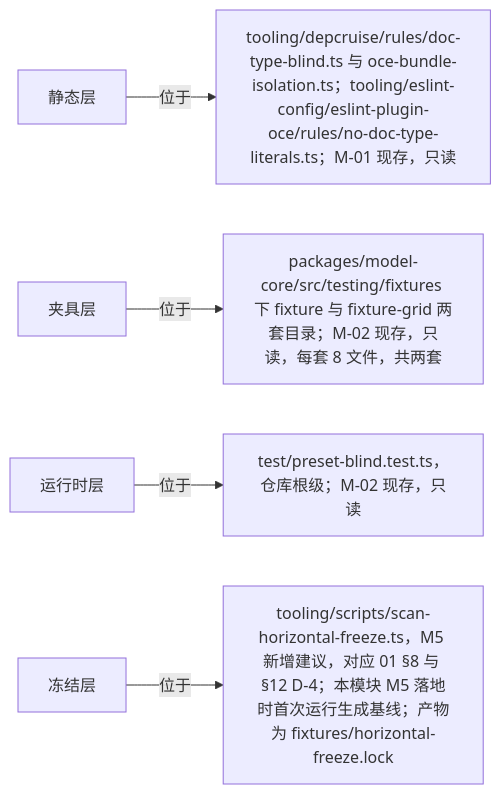
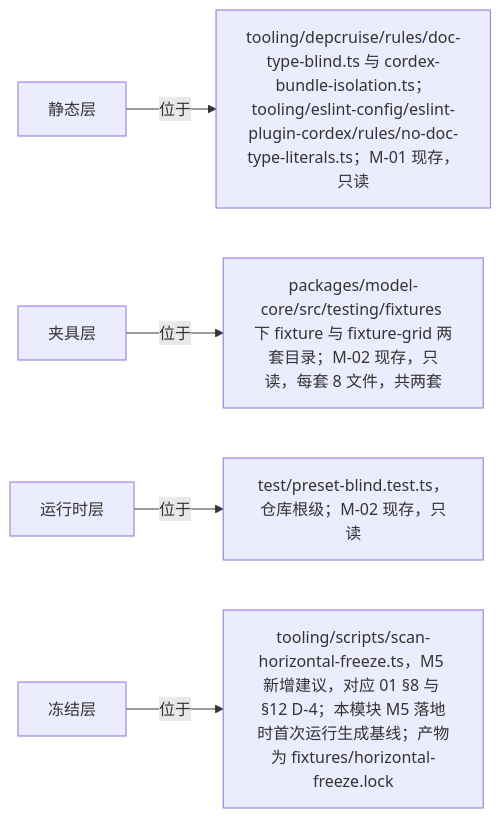
The fourth of 4 diagrams in docs/40-modules/13-doc-sheet-extension-skeleton.md (Xeonice/cordis-ppt-editor), drawn with Mermaid before and after one commit. The commit also changed other lines of this file and 23 other files, not shown here.

````diff
--- a/docs/40-modules/13-doc-sheet-extension-skeleton.md
+++ b/docs/40-modules/13-doc-sheet-extension-skeleton.md
@@ -780,7 +780,7 @@
 ```mermaid
 flowchart LR
-    staticLayer["静态层"] -- "位于" --> staticFiles["tooling/depcruise/rules/doc-type-blind.ts 与 oce-bundle-isolation.ts；tooling/eslint-config/eslint-plugin-oce/rules/no-doc-type-literals.ts；M-01 现存，只读"]
+    staticLayer["静态层"] -- "位于" --> staticFiles["tooling/depcruise/rules/doc-type-blind.ts 与 cordex-bundle-isolation.ts；tooling/eslint-config/eslint-plugin-cordex/rules/no-doc-type-literals.ts；M-01 现存，只读"]
     fixtureLayer["夹具层"] -- "位于" --> fixtureFiles["packages/model-core/src/testing/fixtures 下 fixture 与 fixture-grid 两套目录；M-02 现存，只读，每套 8 文件，共两套"]
     runtimeLayer["运行时层"] -- "位于" --> runtimeFiles["test/preset-blind.test.ts，仓库根级；M-02 现存，只读"]
     freezeLayer["冻结层"] -- "位于" --> freezeFiles["tooling/scripts/scan-horizontal-freeze.ts，M5 新增建议，对应 01 §8 与 §12 D-4；本模块 M5 落地时首次运行生成基线；产物为 fixtures/horizontal-freeze.lock"]
 ```
````
